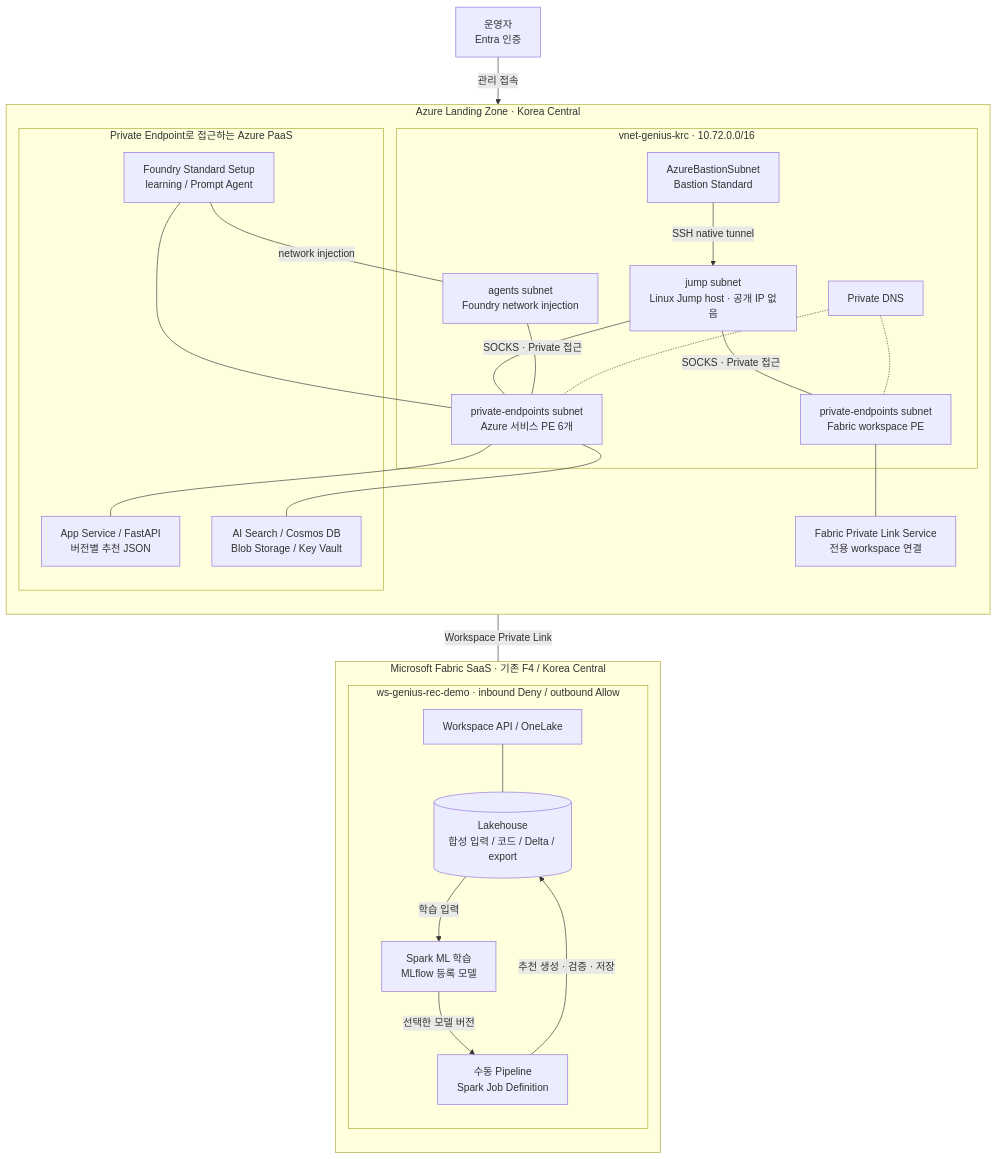
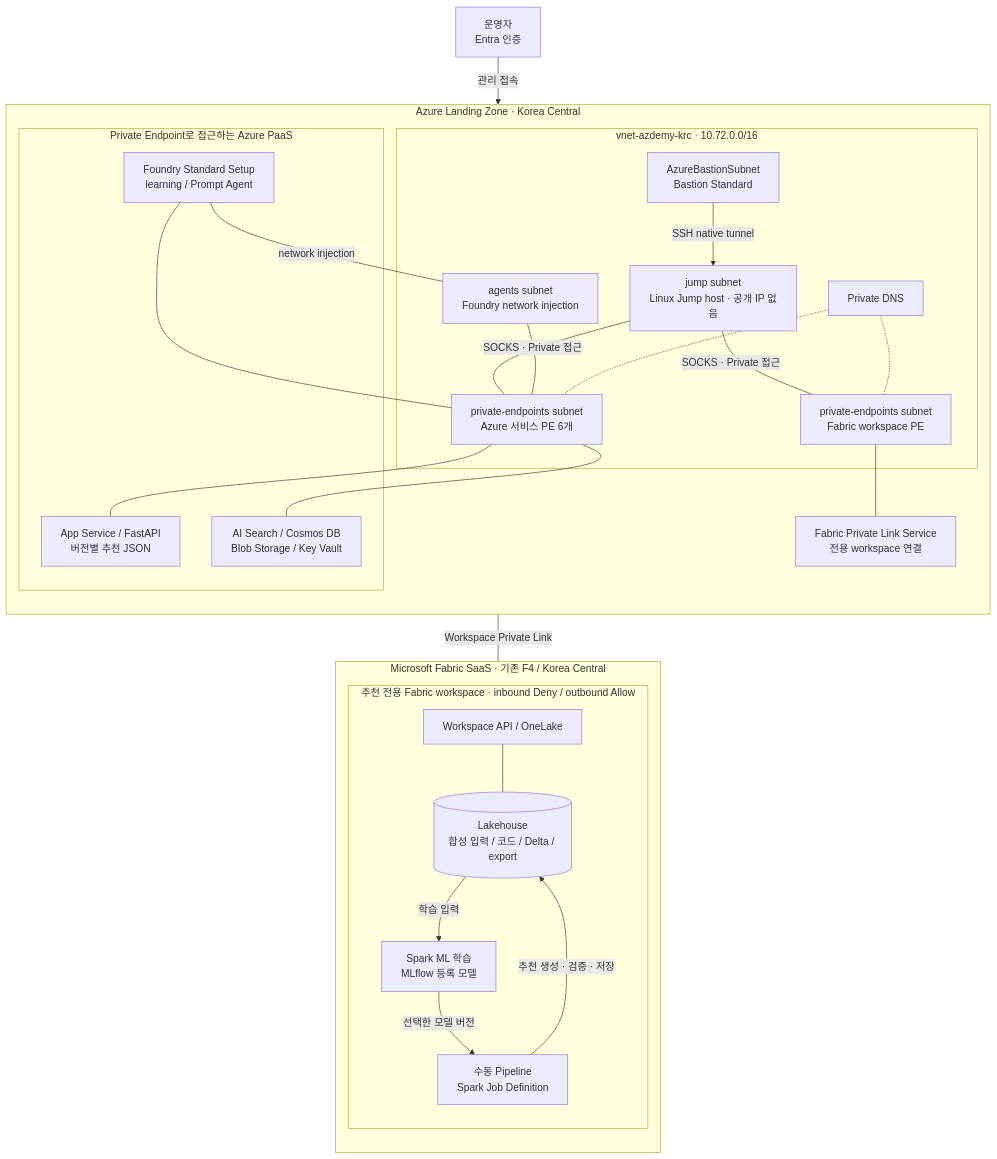
One commit to kyungtaak/azdemy-rec-demo changed the first of 3 diagrams in README.md. Above: the diagram before and after it, drawn with Mermaid. The commit also changed other lines of this file, not shown here.

Commit message:
docs: update legacy names in README Mermaid diagram

````diff
--- a/README.md
+++ b/README.md
@@ -66,57 +66,57 @@
 ```mermaid
 flowchart TB
     Operator["운영자<br/>Entra 인증"]
 
     subgraph LandingZone["Azure Landing Zone · Korea Central"]
         direction TB
 
-        subgraph VNet["vnet-genius-krc · 10.72.0.0/16"]
+        subgraph VNet["vnet-azdemy-krc · 10.72.0.0/16"]
             Bastion["AzureBastionSubnet<br/>Bastion Standard"]
             Jump["jump subnet<br/>Linux Jump host · 공개 IP 없음"]
             AgentSubnet["agents subnet<br/>Foundry network injection"]
             AzurePE["private-endpoints subnet<br/>Azure 서비스 PE 6개"]
             FabricPE["private-endpoints subnet<br/>Fabric workspace PE"]
             DNS["Private DNS"]
 
             Bastion -->|"SSH native tunnel"| Jump
             Jump ---|"SOCKS · Private 접근"| AzurePE
             Jump ---|"SOCKS · Private 접근"| FabricPE
             AgentSubnet --- AzurePE
             DNS -.- AzurePE
             DNS -.- FabricPE
         end
 
         subgraph PaaS["Private Endpoint로 접근하는 Azure PaaS"]
             Foundry["Foundry Standard Setup<br/>learning / Prompt Agent"]
             API["App Service / FastAPI<br/>버전별 추천 JSON"]
             Dependencies["AI Search / Cosmos DB<br/>Blob Storage / Key Vault"]
         end
 
         FabricPLS["Fabric Private Link Service<br/>전용 workspace 연결"]
 
         AzurePE --- Foundry
         AzurePE --- API
         AzurePE --- Dependencies
         Foundry ---|"network injection"| AgentSubnet
         FabricPE --- FabricPLS
     end
 
     subgraph Fabric["Microsoft Fabric SaaS · 기존 F4 / Korea Central"]
         direction TB
 
-        subgraph Workspace["ws-genius-rec-demo · inbound Deny / outbound Allow"]
+        subgraph Workspace["추천 전용 Fabric workspace · inbound Deny / outbound Allow"]
             FabricEndpoint["Workspace API / OneLake"]
             Lakehouse[("Lakehouse<br/>합성 입력 / 코드 / Delta / export")]
             Training["Spark ML 학습<br/>MLflow 등록 모델"]
             Batch["수동 Pipeline<br/>Spark Job Definition"]
 
             FabricEndpoint --- Lakehouse
             Lakehouse -->|"학습 입력"| Training
             Training -->|"선택한 모델 버전"| Batch
             Batch -->|"추천 생성 · 검증 · 저장"| Lakehouse
         end
     end
 
     Operator -->|"관리 접속"| Bastion
     FabricPLS ---|"Workspace Private Link"| FabricEndpoint
 ```
````
